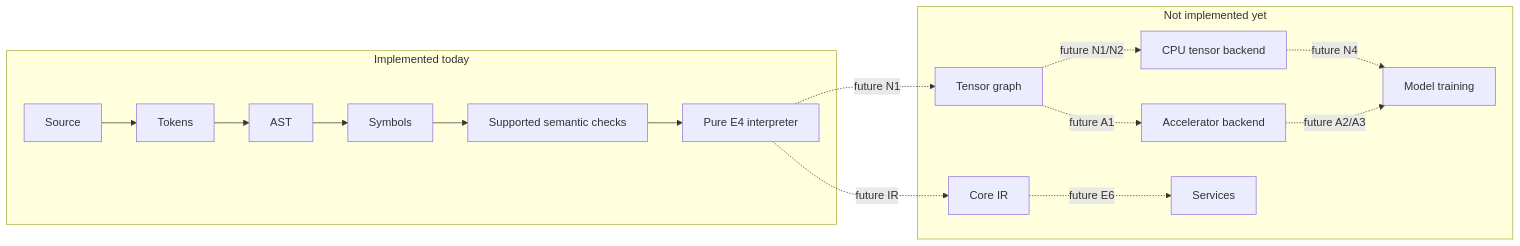
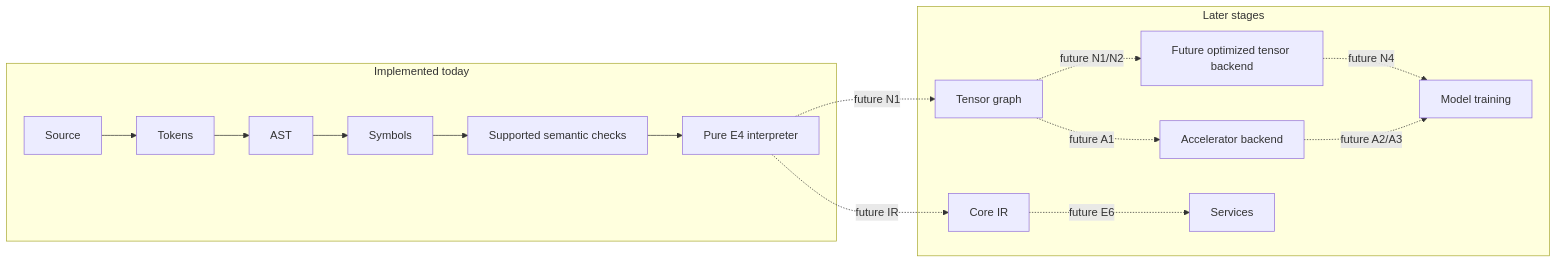
The diagram in docs/project/architecture.md (marcosbuilds/Seloryn), drawn with Mermaid before and after one commit. The commit also changed other lines of this file and 26 other files, not shown here.

Commit message:
Implement N1 CPU tensor runtime

````diff
--- a/docs/project/architecture.md
+++ b/docs/project/architecture.md
@@ -7,25 +7,25 @@
 ```mermaid
 flowchart LR
     subgraph A1[Implemented today]
         A[Source] --> B[Tokens]
         B --> C[AST]
         C --> D[Symbols]
         D --> E[Supported semantic checks]
         E --> F[Pure E4 interpreter]
     end
-    subgraph A2[Not implemented yet]
+    subgraph A2[Later stages]
         G[Core IR]
         H[Tensor graph]
-        I[CPU tensor backend]
+        I[Future optimized tensor backend]
         J[Accelerator backend]
         K[Services]
         L[Model training]
     end
     F -. future IR .-> G
     F -. future N1 .-> H
     H -. future N1/N2 .-> I
     H -. future A1 .-> J
     G -. future E6 .-> K
     I -. future N4 .-> L
     J -. future A2/A3 .-> L
 ```
````
